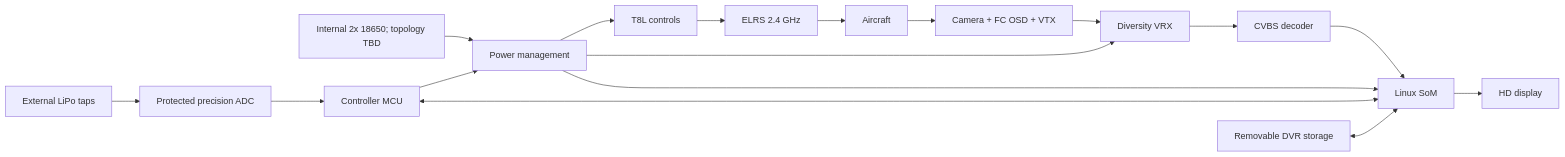
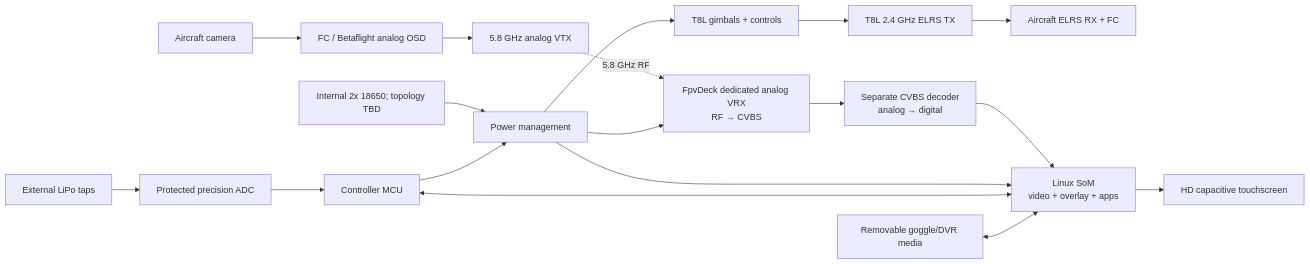
The diagram in docs/assets/diagrams/overall-system.mmd (wiekstras/FpvDeck), drawn with Mermaid before and after one commit. The commit also changed 45 other files, not shown here.

Commit message:
fix(architecture): separate control radio and analog video

```diff
--- a/docs/assets/diagrams/overall-system.mmd
+++ b/docs/assets/diagrams/overall-system.mmd
@@ -1,10 +1,12 @@
 flowchart LR
-  T8L["T8L controls"] --> ELRS["ELRS 2.4 GHz"] --> AIR["Aircraft"]
-  AIR --> VTX["Camera + FC OSD + VTX"] --> VRX["Diversity VRX"] --> DEC["CVBS decoder"] --> SOM["Linux SoM"] --> LCD["HD display"]
+  T8L["T8L gimbals + controls"] --> ELRS["T8L 2.4 GHz ELRS TX"] --> AIR["Aircraft ELRS RX + FC"]
+  CAM["Aircraft camera"] --> OSD["FC / Betaflight analog OSD"] --> VTX["5.8 GHz analog VTX"]
+  VTX -. "5.8 GHz RF" .-> VRX["FpvDeck dedicated analog VRX\nRF → CVBS"]
+  VRX --> DEC["Separate CVBS decoder\nanalog → digital"] --> SOM["Linux SoM\nvideo + overlay + apps"] --> LCD["HD capacitive touchscreen"]
   PACK["Internal 2x 18650; topology TBD"] --> PM["Power management"] --> T8L
   PM --> VRX
   PM --> SOM
   MCU["Controller MCU"] <--> SOM
   MCU --> PM
   LIPO["External LiPo taps"] --> ADC["Protected precision ADC"] --> MCU
-  SD["Removable DVR storage"] <--> SOM
+  SD["Removable goggle/DVR media"] <--> SOM
```
